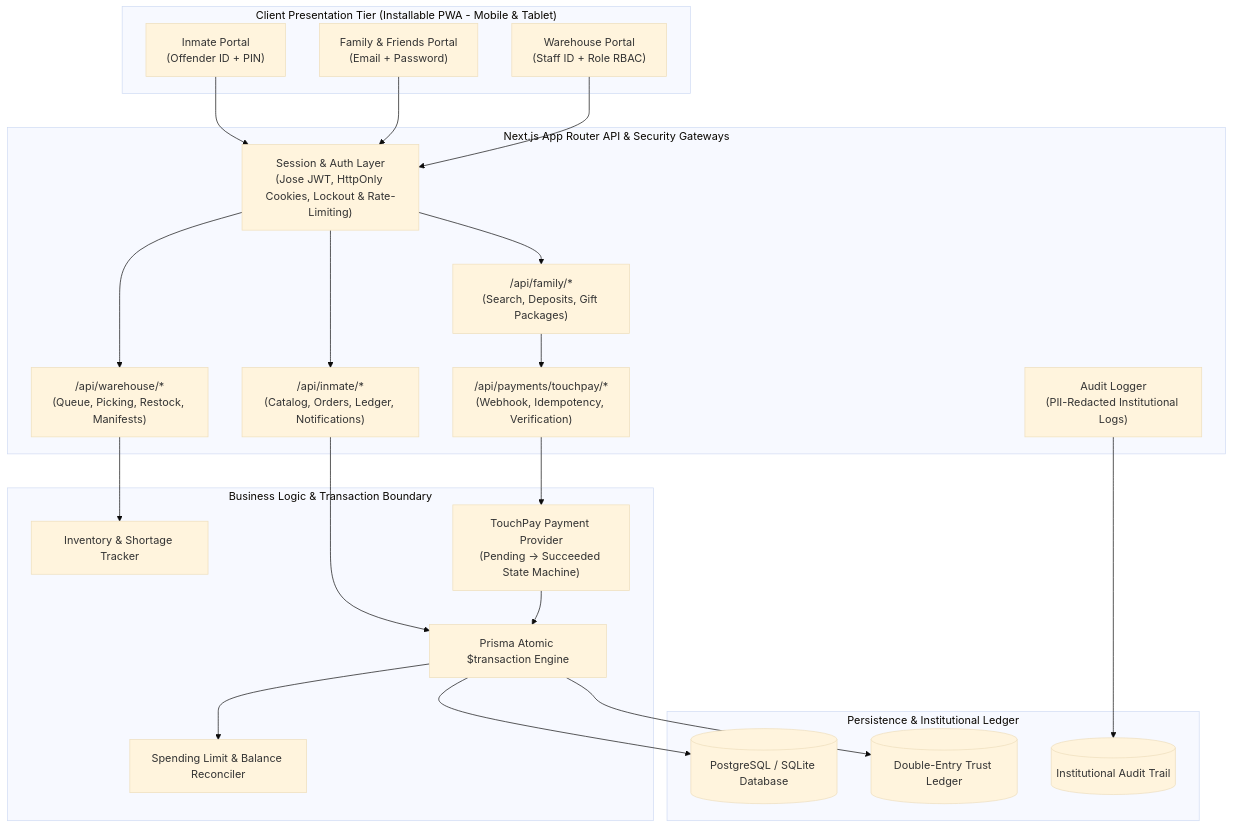
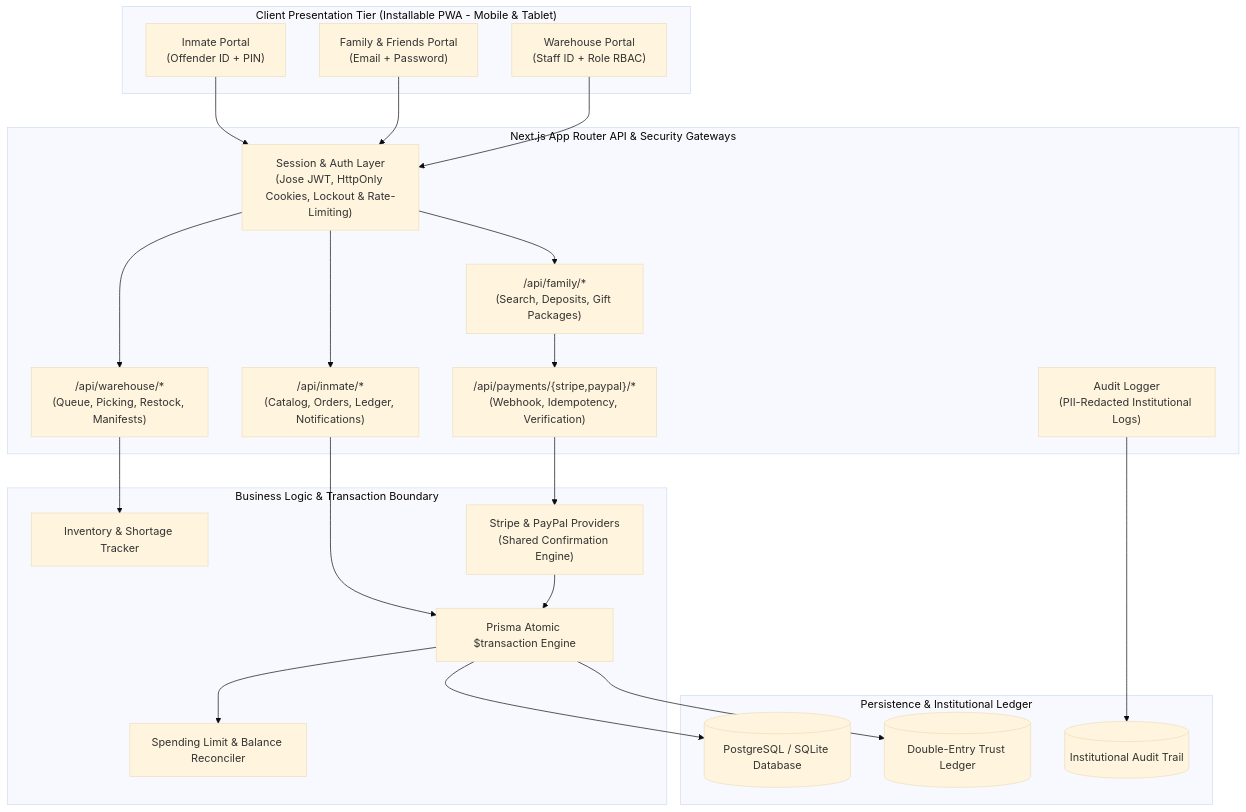
One commit to Elvoratechnology/Canteen-Corner changed the diagram in ARCHITECTURE.md. Above: the diagram before and after it, drawn with Mermaid (base theme). The commit also changed other lines of this file and 35 other files, not shown here.

Commit message:
feat(payments): replace TouchPay with Stripe and PayPal integrations and harden security

````diff
--- a/ARCHITECTURE.md
+++ b/ARCHITECTURE.md
@@ -20,49 +20,49 @@
 ```mermaid
 flowchart TD
     subgraph Client ["Client Presentation Tier (Installable PWA - Mobile & Tablet)"]
         IP["Inmate Portal<br/>(Offender ID + PIN)"]
         FP["Family & Friends Portal<br/>(Email + Password)"]
         WP["Warehouse Portal<br/>(Staff ID + Role RBAC)"]
     end
 
     subgraph API ["Next.js App Router API & Security Gateways"]
         AuthMiddleware["Session & Auth Layer<br/>(Jose JWT, HttpOnly Cookies, Lockout & Rate-Limiting)"]
         InmateAPI["/api/inmate/*<br/>(Catalog, Orders, Ledger, Notifications)"]
         FamilyAPI["/api/family/*<br/>(Search, Deposits, Gift Packages)"]
         WarehouseAPI["/api/warehouse/*<br/>(Queue, Picking, Restock, Manifests)"]
-        PaymentAPI["/api/payments/touchpay/*<br/>(Webhook, Idempotency, Verification)"]
+        PaymentAPI["/api/payments/{stripe,paypal}/*<br/>(Webhook, Idempotency, Verification)"]
         AuditService["Audit Logger<br/>(PII-Redacted Institutional Logs)"]
     end
 
     subgraph Core ["Business Logic & Transaction Boundary"]
         TxEngine["Prisma Atomic $transaction Engine"]
         RuleChecker["Spending Limit & Balance Reconciler"]
         StockEngine["Inventory & Shortage Tracker"]
-        TouchPayProvider["TouchPay Payment Provider<br/>(Pending -> Succeeded State Machine)"]
+        PaymentProviders["Stripe & PayPal Providers<br/>(Shared Confirmation Engine)"]
     end
 
     subgraph Persistence ["Persistence & Institutional Ledger"]
         DB[(PostgreSQL / SQLite Database)]
         Ledger[(Double-Entry Trust Ledger)]
         Audit[(Institutional Audit Trail)]
     end
 
     IP --> AuthMiddleware
     FP --> AuthMiddleware
     WP --> AuthMiddleware
 
     AuthMiddleware --> InmateAPI
     AuthMiddleware --> FamilyAPI
     AuthMiddleware --> WarehouseAPI
     FamilyAPI --> PaymentAPI
 
     InmateAPI --> TxEngine
     WarehouseAPI --> StockEngine
-    PaymentAPI --> TouchPayProvider
+    PaymentAPI --> PaymentProviders
 
-    TouchPayProvider --> TxEngine
+    PaymentProviders --> TxEngine
     TxEngine --> RuleChecker
     TxEngine --> Ledger
     TxEngine --> DB
     AuditService --> Audit
 ```
````
